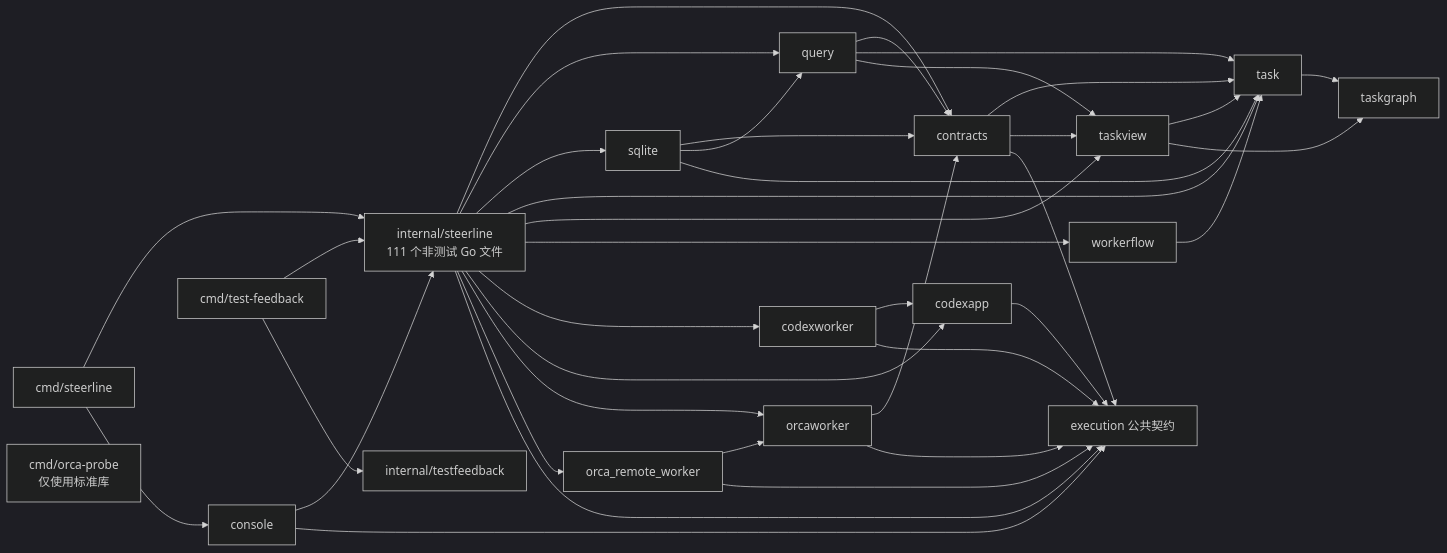
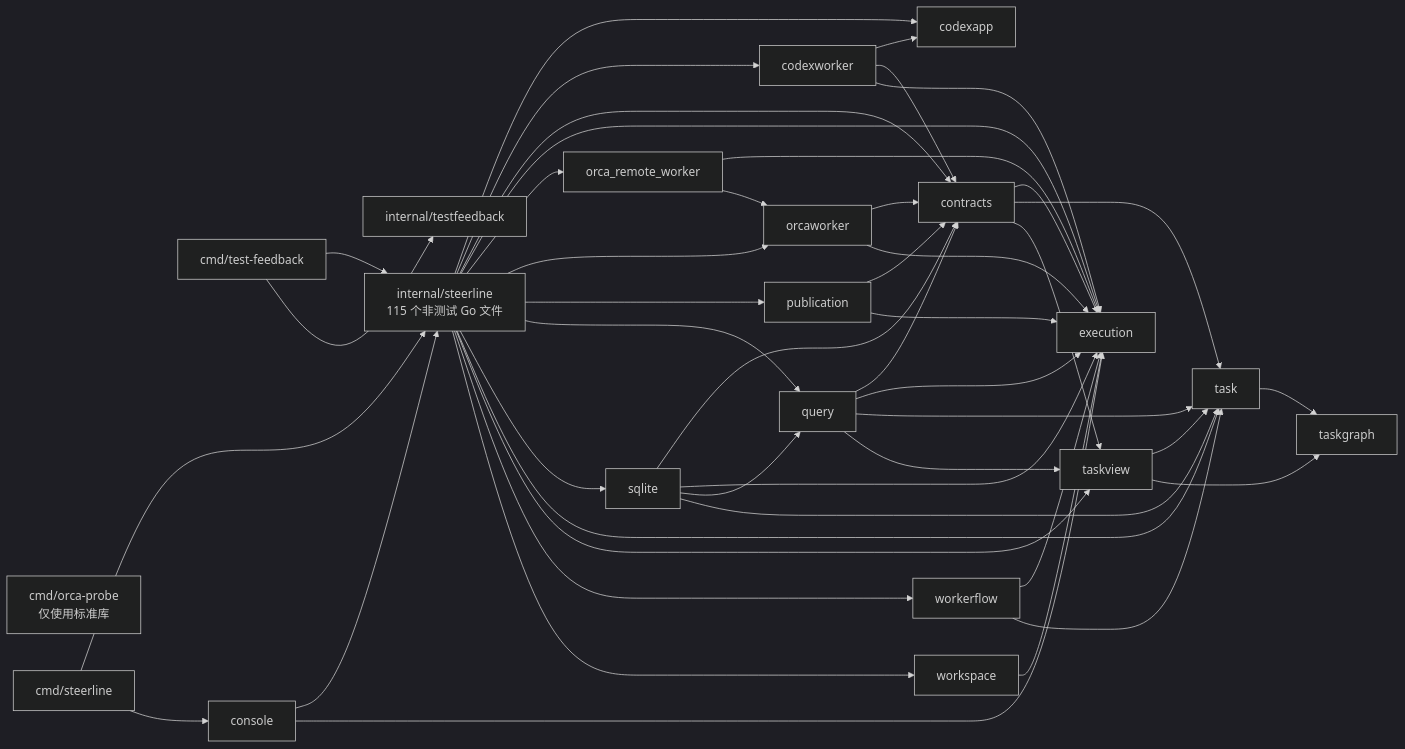
Before and after one commit to erranliu/SteerLine: the second of 10 diagrams in docs/architecture/current-code-architecture.md, drawn with Mermaid (dark theme). The commit also changed other lines of this file and 12 other files, not shown here.

````diff
--- a/docs/architecture/current-code-architecture.md
+++ b/docs/architecture/current-code-architecture.md
@@ -71,44 +73,69 @@
 ```mermaid
 flowchart LR
-    CLI["cmd/steerline"] --> Core["internal/steerline<br/>111 个非测试 Go 文件"]
-    CLI --> Console["console"]
-    Console --> Core
+    P0["cmd/orca-probe<br/>仅使用标准库"]
+    P1["cmd/steerline"]
+    P2["cmd/test-feedback"]
+    P3["internal/steerline <br/>115 个非测试 Go 文件"]
+    P4["codexapp"]
+    P5["codexworker"]
+    P6["console"]
+    P7["contracts"]
+    P8["execution"]
+    P9["orca_remote_worker"]
+    P10["orcaworker"]
+    P11["publication"]
+    P12["query"]
+    P13["sqlite"]
+    P14["task"]
+    P15["taskgraph"]
+    P16["taskview"]
+    P17["workerflow"]
+    P18["workspace"]
+    P19["internal/testfeedback"]
 
-    Core --> Contracts["contracts"]
-    Core --> QueryPackage["query"]
-    Core --> SQLiteReader["sqlite"]
-    Contracts --> Task
-    Contracts --> TaskView
-    QueryPackage --> Contracts
-    QueryPackage --> Task
-    QueryPackage --> TaskView
-    SQLiteReader --> Contracts
-    SQLiteReader --> QueryPackage
-    SQLiteReader --> Task
-
-    Core --> Task["task"]
-    Core --> TaskView["taskview"]
-    Core --> Flow["workerflow"]
-    Core --> CW["codexworker"]
-    Core --> CA["codexapp"]
-    Core --> OW["orcaworker"]
-    Core --> RW["orca_remote_worker"]
-    RW --> OW
-    OW --> Contracts
-    Task --> Graph["taskgraph"]
-    TaskView --> Task
-    TaskView --> Graph
-    Flow --> Task
-    CW --> CA
-    Core --> Execution["execution 公共契约"]
-    Console --> Execution
-    CW --> Execution
-    CA --> Execution
-    OW --> Execution
-    Contracts --> Execution
-    RW --> Execution
-
-    Feedback["cmd/test-feedback"] --> Core
-    Feedback --> Summary["internal/testfeedback"]
-    Probe["cmd/orca-probe<br/>仅使用标准库"]
+    P1 --> P3
+    P1 --> P6
+    P2 --> P3
+    P2 --> P19
+    P3 --> P4
+    P3 --> P5
+    P3 --> P7
+    P3 --> P8
+    P3 --> P9
+    P3 --> P10
+    P3 --> P11
+    P3 --> P12
+    P3 --> P13
+    P3 --> P14
+    P3 --> P16
+    P3 --> P17
+    P3 --> P18
+    P5 --> P4
+    P5 --> P7
+    P5 --> P8
+    P6 --> P3
+    P6 --> P8
+    P7 --> P8
+    P7 --> P14
+    P7 --> P16
+    P9 --> P8
+    P9 --> P10
+    P10 --> P7
+    P10 --> P8
+    P11 --> P7
+    P11 --> P8
+    P12 --> P7
+    P12 --> P8
+    P12 --> P14
+    P12 --> P16
+    P13 --> P7
+    P13 --> P8
+    P13 --> P12
+    P13 --> P14
+    P14 --> P15
+    P16 --> P14
+    P16 --> P15
+    P17 --> P8
+    P17 --> P14
+    P18 --> P8
 ```
````
